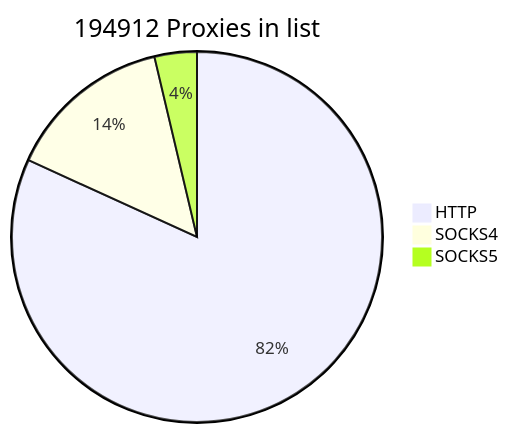
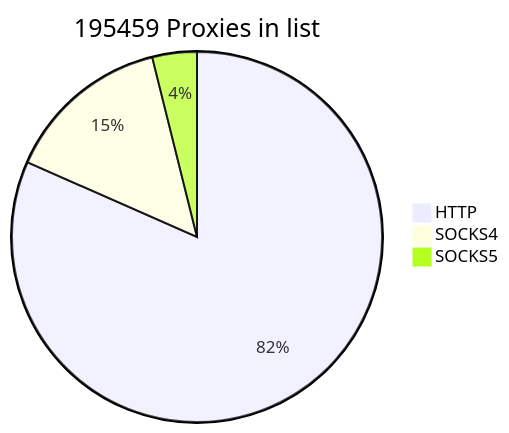
One commit to cutipu/proxylist changed the first of 2 diagrams in README.md. Above: the diagram before and after it, drawn with Mermaid. The commit also changed other lines of this file, not shown here.

````diff
--- a/README.md
+++ b/README.md
@@ -2,7 +2,7 @@
 ```mermaid
-pie title 194912 Proxies in list
-    "HTTP" : 159462
-    "SOCKS4" : 28252
-    "SOCKS5" : 7198
+pie title 195459 Proxies in list
+    "HTTP" : 159502
+    "SOCKS4" : 28360
+    "SOCKS5" : 7597
             
 ```
````
